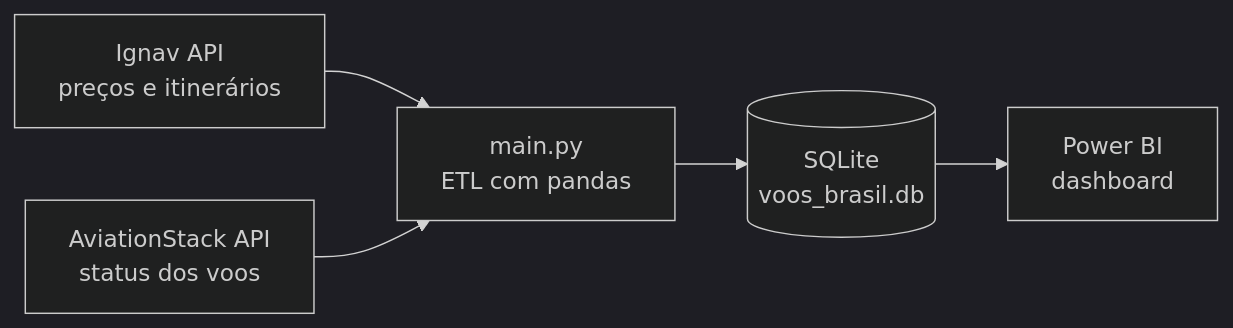
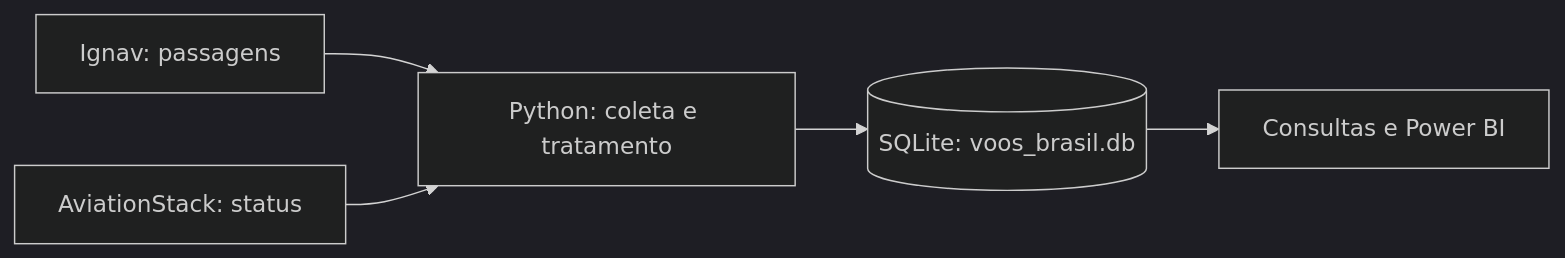
One commit to YanAugusto2031/Analise-de-voos changed the diagram in README.md. Above: the diagram before and after it, drawn with Mermaid (dark theme). The commit also changed other lines of this file and 7 other files, not shown here.

````diff
--- a/README.md
+++ b/README.md
@@ -22,7 +14,7 @@
 ```mermaid
 flowchart LR
-    A[Ignav API<br/>preços e itinerários] --> C[main.py<br/>ETL com pandas]
-    B[AviationStack API<br/>status dos voos] --> C
-    C --> D[(SQLite<br/>voos_brasil.db)]
-    D --> E[Power BI<br/>dashboard]
+    A[Ignav: passagens] --> C[Python: coleta e tratamento]
+    B[AviationStack: status] --> C
+    C --> D[(SQLite: voos_brasil.db)]
+    D --> E[Consultas e Power BI]
 ```
````
